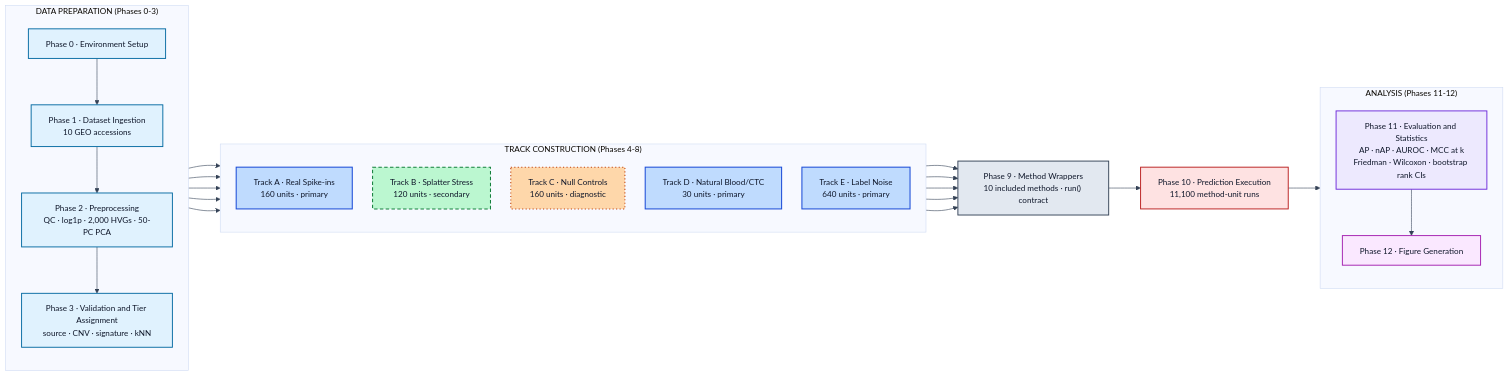
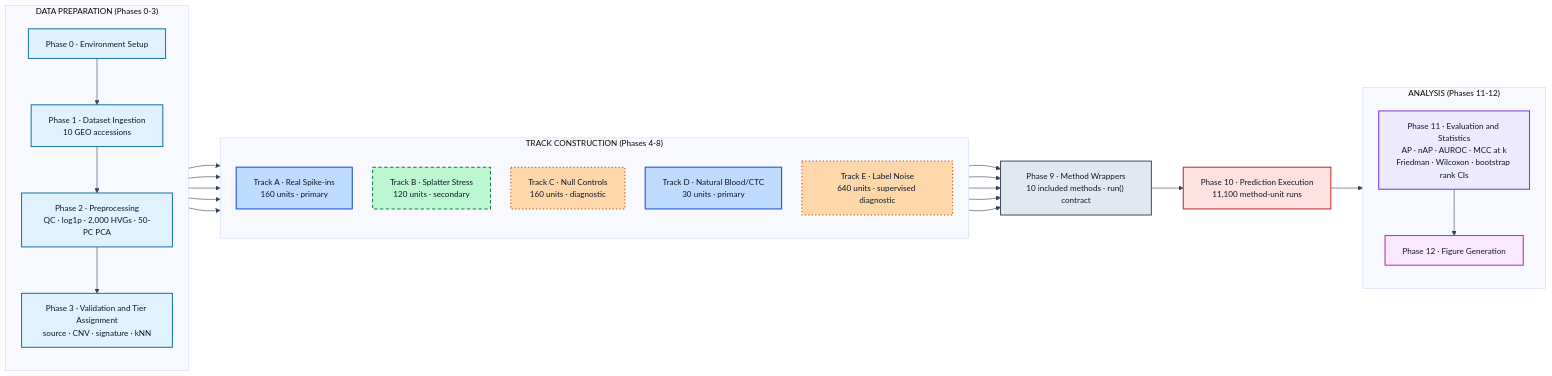
Before and after one commit to jaswanthmoram/reach-rarecell-benchmark: the diagram in README.md, drawn with Mermaid. The commit also changed other lines of this file and 4 other files, not shown here.

````diff
--- a/README.md
+++ b/README.md
@@ -34,62 +43,63 @@
 ```mermaid
 %%{init: {"theme":"base","themeVariables":{"fontFamily":"Helvetica, Arial, sans-serif","fontSize":"14px","lineColor":"#334155"},"flowchart":{"nodeSpacing":35,"rankSpacing":55,"curve":"basis","htmlLabels":false}}}%%
 flowchart LR
 
   subgraph PREP["DATA PREPARATION (Phases 0-3)"]
     direction TB
     P0["Phase 0 · Environment Setup"]
     P1["Phase 1 · Dataset Ingestion<br/>10 GEO accessions"]
     P2["Phase 2 · Preprocessing<br/>QC · log1p · 2,000 HVGs · 50-PC PCA"]
     P3["Phase 3 · Validation and Tier Assignment<br/>source · CNV · signature · kNN"]
     P0 --> P1 --> P2 --> P3
   end
 
   subgraph TRACKS["TRACK CONSTRUCTION (Phases 4-8)"]
     direction TB
     TA["Track A · Real Spike-ins<br/>160 units · primary"]
     TB["Track B · Splatter Stress<br/>120 units · secondary"]
     TC["Track C · Null Controls<br/>160 units · diagnostic"]
     TD["Track D · Natural Blood/CTC<br/>30 units · primary"]
-    TE["Track E · Label Noise<br/>640 units · primary"]
+    TE["Track E · Label Noise<br/>640 units · supervised diagnostic"]
   end
 
   P9["Phase 9 · Method Wrappers<br/>10 included methods · run() contract"]
   P10["Phase 10 · Prediction Execution<br/>11,100 method-unit runs"]
 
   subgraph EVAL["ANALYSIS (Phases 11-12)"]
     direction TB
     P11["Phase 11 · Evaluation and Statistics<br/>AP · nAP · AUROC · MCC at k<br/>Friedman · Wilcoxon · bootstrap rank CIs"]
     P12["Phase 12 · Figure Generation"]
     P11 --> P12
   end
 
   P3 --> TA
   P3 --> TB
   P3 --> TC
   P3 --> TD
   P3 --> TE
   TA --> P9
   TB --> P9
   TC --> P9
   TD --> P9
   TE --> P9
   P9 --> P10 --> P11
 
   classDef prep    fill:#e0f2fe,stroke:#0369a1,stroke-width:1.6px,color:#0f172a;
   classDef primary fill:#bfdbfe,stroke:#1d4ed8,stroke-width:1.8px,color:#0f172a;
   classDef second  fill:#bbf7d0,stroke:#15803d,stroke-width:1.8px,stroke-dasharray:6 4,color:#0f172a;
   classDef diag    fill:#fed7aa,stroke:#c2410c,stroke-width:1.8px,stroke-dasharray:2 4,color:#0f172a;
   classDef method  fill:#e2e8f0,stroke:#334155,stroke-width:1.6px,color:#0f172a;
   classDef exec    fill:#fee2e2,stroke:#b91c1c,stroke-width:1.6px,color:#0f172a;
   classDef eval    fill:#ede9fe,stroke:#6d28d9,stroke-width:1.6px,color:#0f172a;
   classDef figs    fill:#fae8ff,stroke:#a21caf,stroke-width:1.6px,color:#0f172a;
 
   class P0,P1,P2,P3 prep;
-  class TA,TD,TE primary;
+  class TA,TD primary;
   class TB second;
   class TC diag;
+  class TE diag;
   class P9 method;
   class P10 exec;
   class P11 eval;
   class P12 figs;
 ```
````
